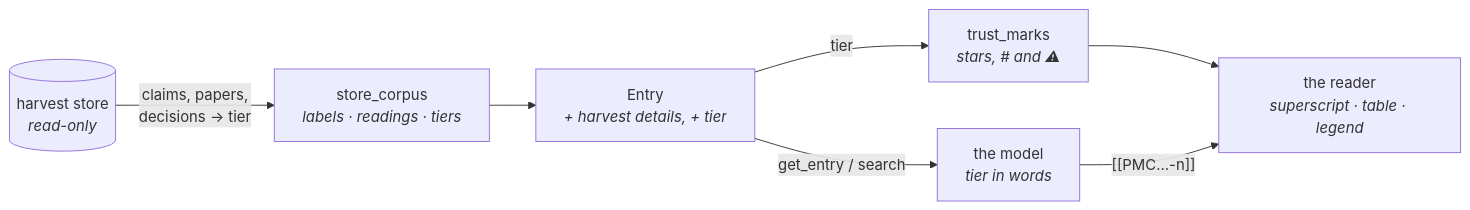
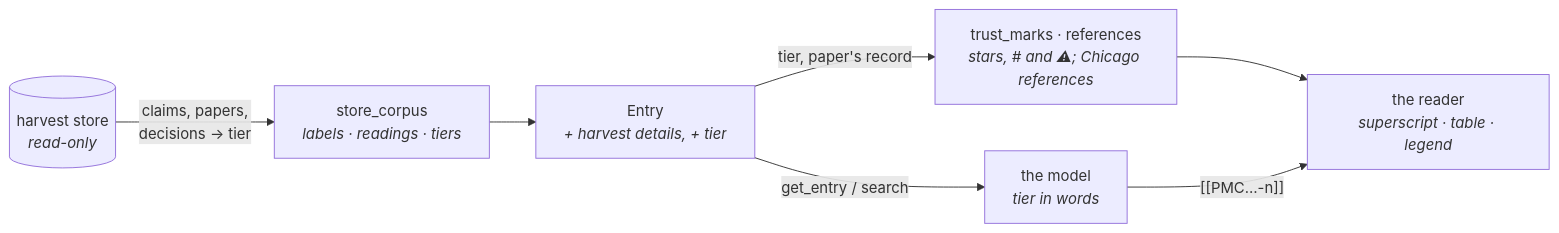
Before and after one commit to DukeOfErl/Numera: diagram 14 of 14 in docs/diagrams/architecture.md, drawn with Mermaid. The commit also changed other lines of this file and 17 other files, not shown here.

Commit message:
A harvested value's reference names its authors, in Chicago author-date from the paper's CSL-JSON

````diff
--- a/docs/diagrams/architecture.md
+++ b/docs/diagrams/architecture.md
@@ -580,13 +581,13 @@
 ```mermaid
 flowchart LR
     store[("harvest store<br/><i>read-only</i>")]
     loader["store_corpus<br/><i>labels · readings · tiers</i>"]
     entry["Entry<br/><i>+ harvest details, + tier</i>"]
     model["the model<br/><i>tier in words</i>"]
-    marks["trust_marks<br/><i>stars, # and ⚠</i>"]
+    marks["trust_marks · references<br/><i>stars, # and ⚠; Chicago references</i>"]
     reader["the reader<br/><i>superscript · table · legend</i>"]
     store -- "claims, papers,<br/>decisions → tier" --> loader --> entry
     entry -- "get_entry / search" --> model
-    entry -- "tier" --> marks --> reader
+    entry -- "tier, paper's record" --> marks --> reader
     model -- "[[PMC…-n]]" --> reader
 ```
````
